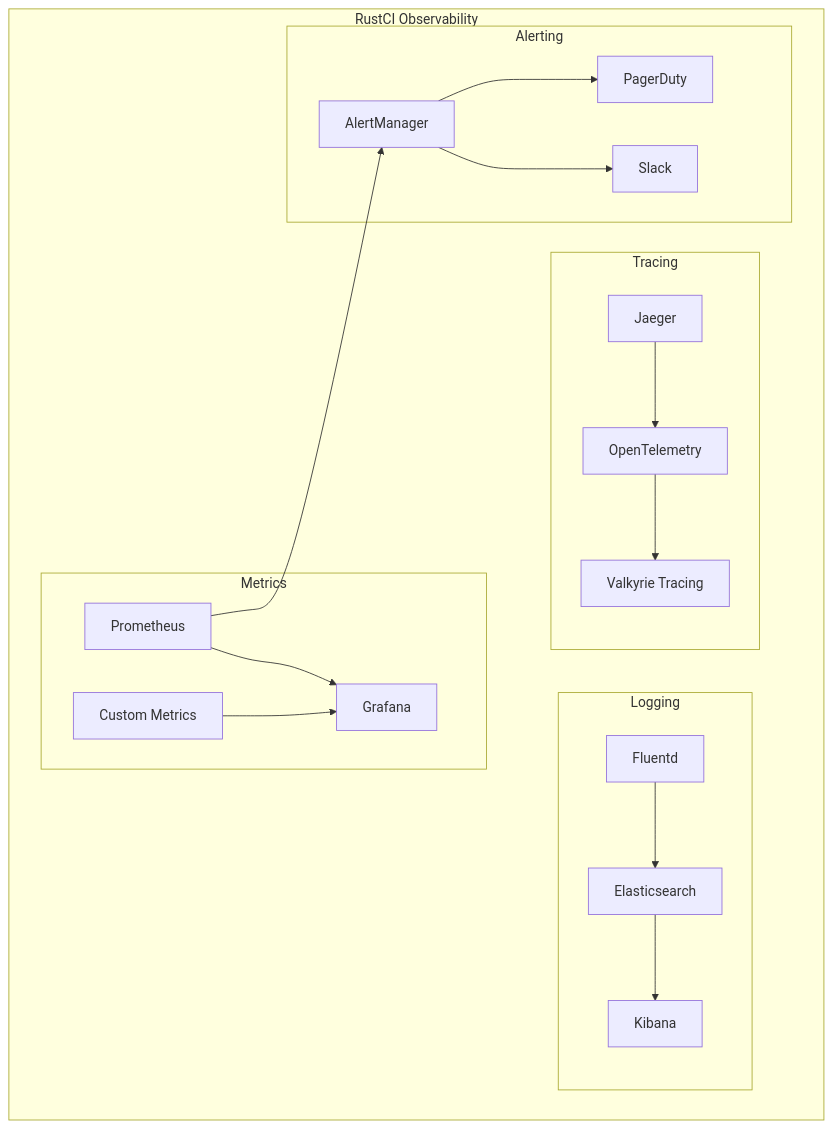
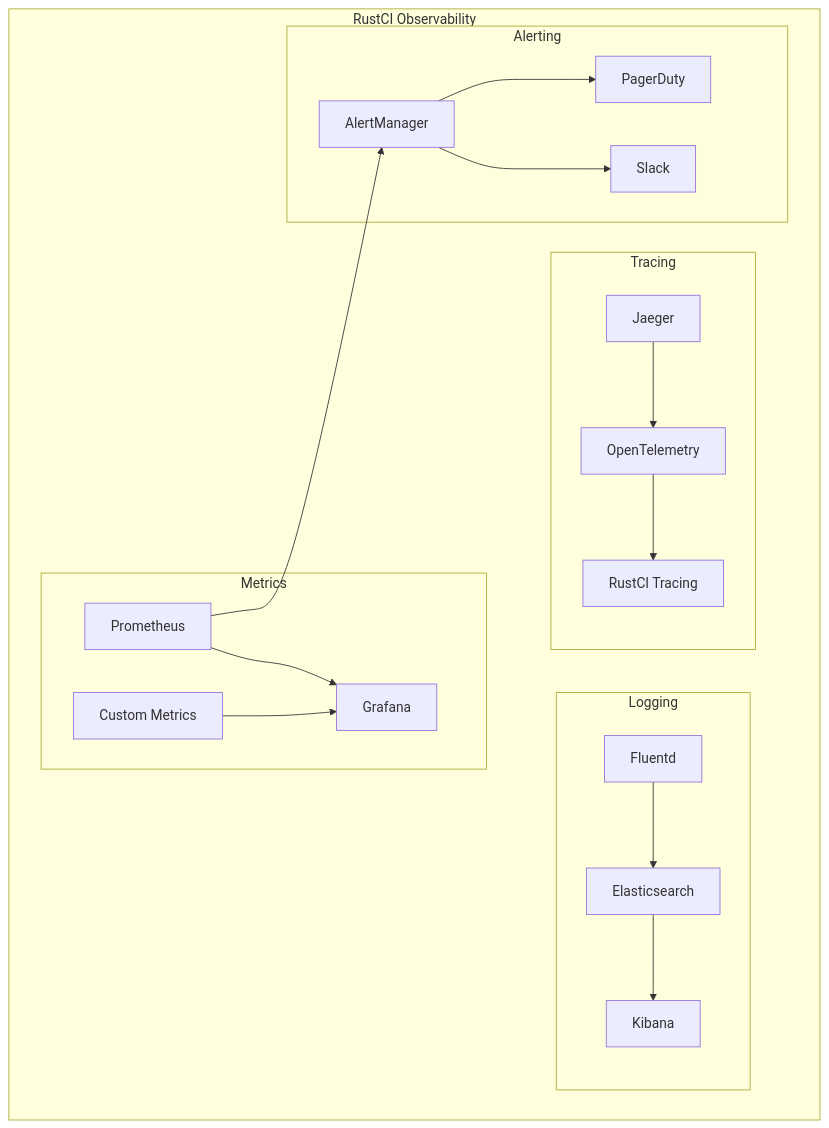
Diagram 13 of 14 in docs/architecture/rustci-control-plane-architecture.md (RitabrataRoychowdhury/RustCI), drawn with Mermaid before and after one commit. The commit also changed other lines of this file and 182 other files, not shown here.

````diff
--- a/docs/architecture/rustci-control-plane-architecture.md
+++ b/docs/architecture/rustci-control-plane-architecture.md
@@ -552,38 +552,38 @@
 ```mermaid
 graph TB
     subgraph "RustCI Observability"
         subgraph "Metrics"
             PROM[Prometheus]
             GRAFANA[Grafana]
             CUSTOM[Custom Metrics]
         end
         
         subgraph "Logging"
             FLUENTD[Fluentd]
             ELASTIC[Elasticsearch]
             KIBANA[Kibana]
         end
         
         subgraph "Tracing"
             JAEGER[Jaeger]
             OTEL[OpenTelemetry]
-            VALKYRIE_TRACE[Valkyrie Tracing]
+            RUSTCI_TRACE[RustCI Tracing]
         end
         
         subgraph "Alerting"
             ALERT_MGR[AlertManager]
             PAGER[PagerDuty]
             SLACK[Slack]
         end
     end
     
     PROM --> GRAFANA
     CUSTOM --> GRAFANA
     FLUENTD --> ELASTIC
     ELASTIC --> KIBANA
     JAEGER --> OTEL
-    OTEL --> VALKYRIE_TRACE
+    OTEL --> RUSTCI_TRACE
     PROM --> ALERT_MGR
     ALERT_MGR --> PAGER
     ALERT_MGR --> SLACK
 ```
````
